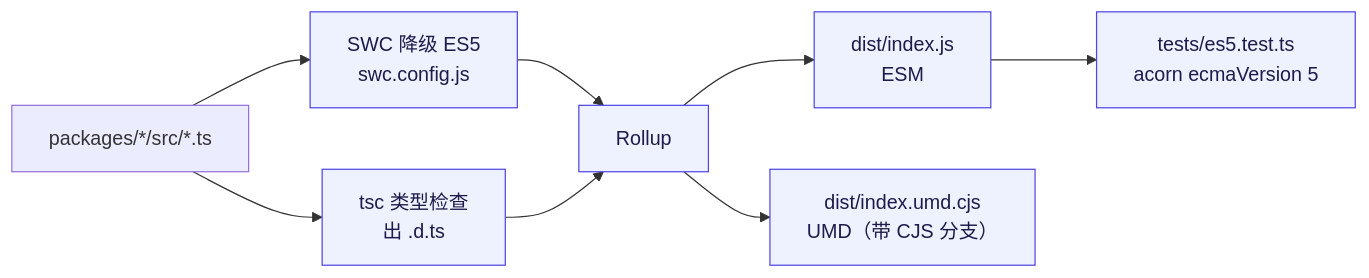
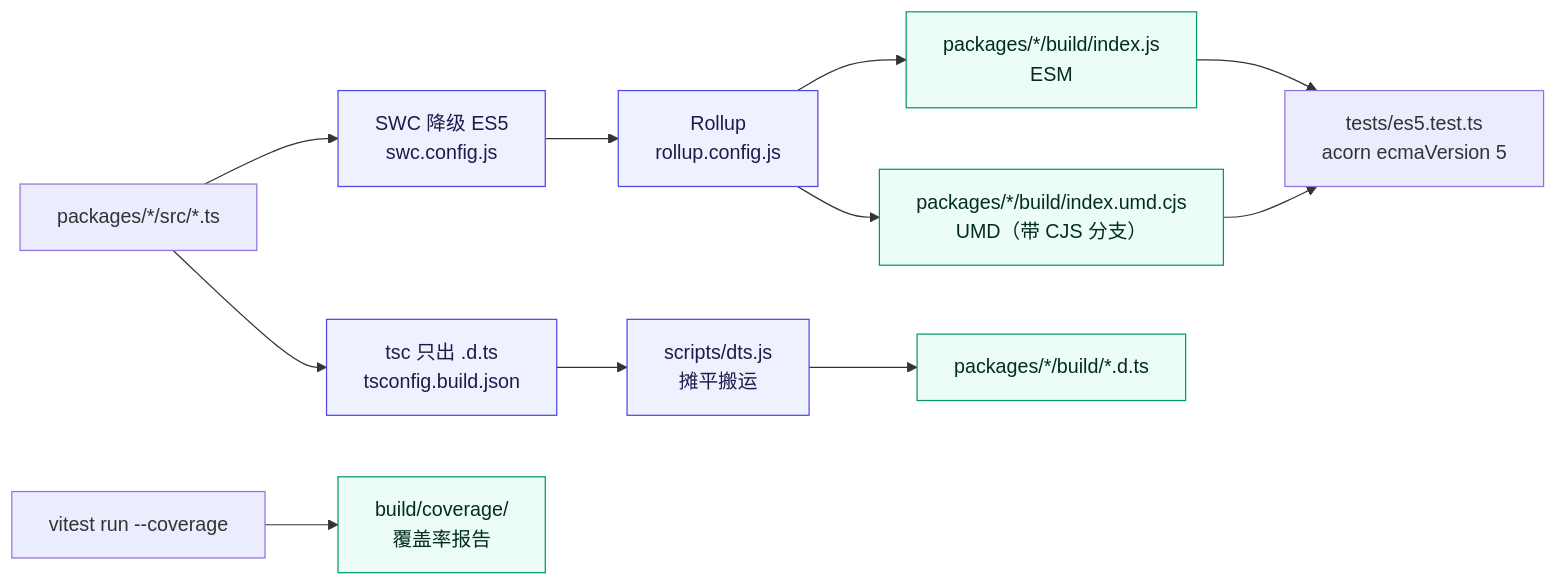
Before and after one commit to imere/ds: the sixth of 6 diagrams in ds-foundation/docs/architecture.md, drawn with Mermaid. The commit also changed other lines of this file and 25 other files, not shown here.

````diff
--- a/ds-foundation/docs/architecture.md
+++ b/ds-foundation/docs/architecture.md
@@ -320,13 +320,18 @@
 ```mermaid
 flowchart LR
     SRC["packages/*/src/*.ts"] --> SWC["SWC 降级 ES5<br/>swc.config.js"]
-    SRC --> TSC["tsc 类型检查<br/>出 .d.ts"]
-    SWC --> ROLLUP["Rollup"]
-    TSC --> ROLLUP
-    ROLLUP --> ESM["dist/index.js<br/>ESM"]
-    ROLLUP --> UMD["dist/index.umd.cjs<br/>UMD（带 CJS 分支）"]
+    SRC --> TSC["tsc 只出 .d.ts<br/>tsconfig.build.json"]
+    SWC --> ROLLUP["Rollup<br/>rollup.config.js"]
+    TSC --> DTS["scripts/dts.js<br/>摊平搬运"]
+    ROLLUP --> ESM["packages/*/build/index.js<br/>ESM"]
+    ROLLUP --> UMD["packages/*/build/index.umd.cjs<br/>UMD（带 CJS 分支）"]
+    DTS --> TYP["packages/*/build/*.d.ts"]
     ESM --> T1["tests/es5.test.ts<br/>acorn ecmaVersion 5"]
+    UMD --> T1
+    TESTS["vitest run --coverage"] --> COV["build/coverage/<br/>覆盖率报告"]
 
     classDef build fill:#eef2ff,stroke:#4f46e5,color:#1e1b4b
-    class SWC,TSC,ROLLUP,ESM,UMD,T1 build
+    classDef out fill:#ecfdf5,stroke:#059669,color:#022c22
+    class SWC,TSC,ROLLUP,DTS build
+    class ESM,UMD,TYP,COV out
 ```
````
